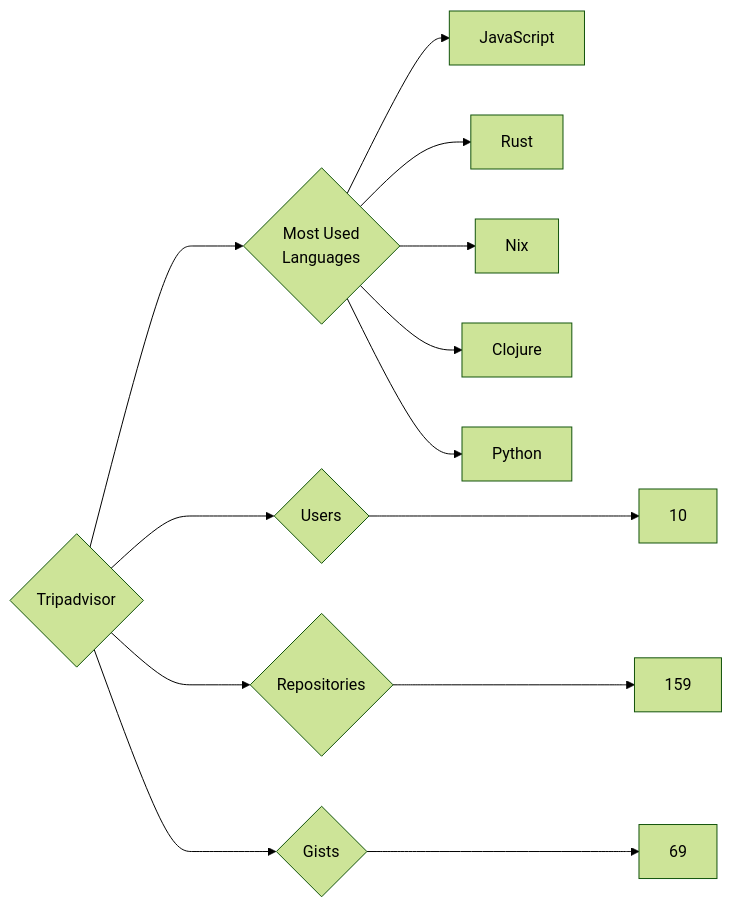
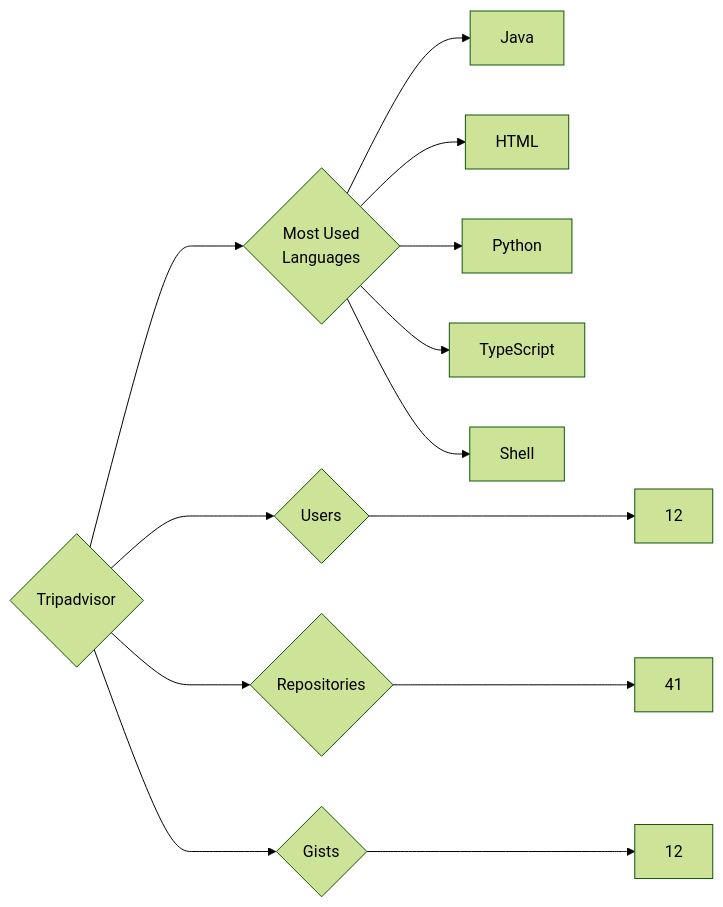
The diagram in targets/Tripadvisor/README.md (trickest/insiders), drawn with Mermaid (forest theme) before and after one commit. The commit also changed 1011 other files, not shown here.

````diff
--- a/targets/Tripadvisor/README.md
+++ b/targets/Tripadvisor/README.md
@@ -3,13 +3,13 @@
 ```mermaid
 graph LR
 COMPANY_NAME{Tripadvisor}
-COMPANY_NAME ---> U{Users} ---> UN[10]
-COMPANY_NAME ---> R{Repositories} ---> RN[159]
-COMPANY_NAME ---> G{Gists} ---> GN[69]
+COMPANY_NAME ---> U{Users} ---> UN[12]
+COMPANY_NAME ---> R{Repositories} ---> RN[41]
+COMPANY_NAME ---> G{Gists} ---> GN[12]
 COMPANY_NAME ---> ML{Most Used<br>Languages}
-ML --> JavaScript[JavaScript]
-ML --> Rust[Rust]
-ML --> Nix[Nix]
-ML --> Clojure[Clojure]
+ML --> Java[Java]
+ML --> HTML[HTML]
 ML --> Python[Python]
+ML --> TypeScript[TypeScript]
+ML --> Shell[Shell]
 ```
````
